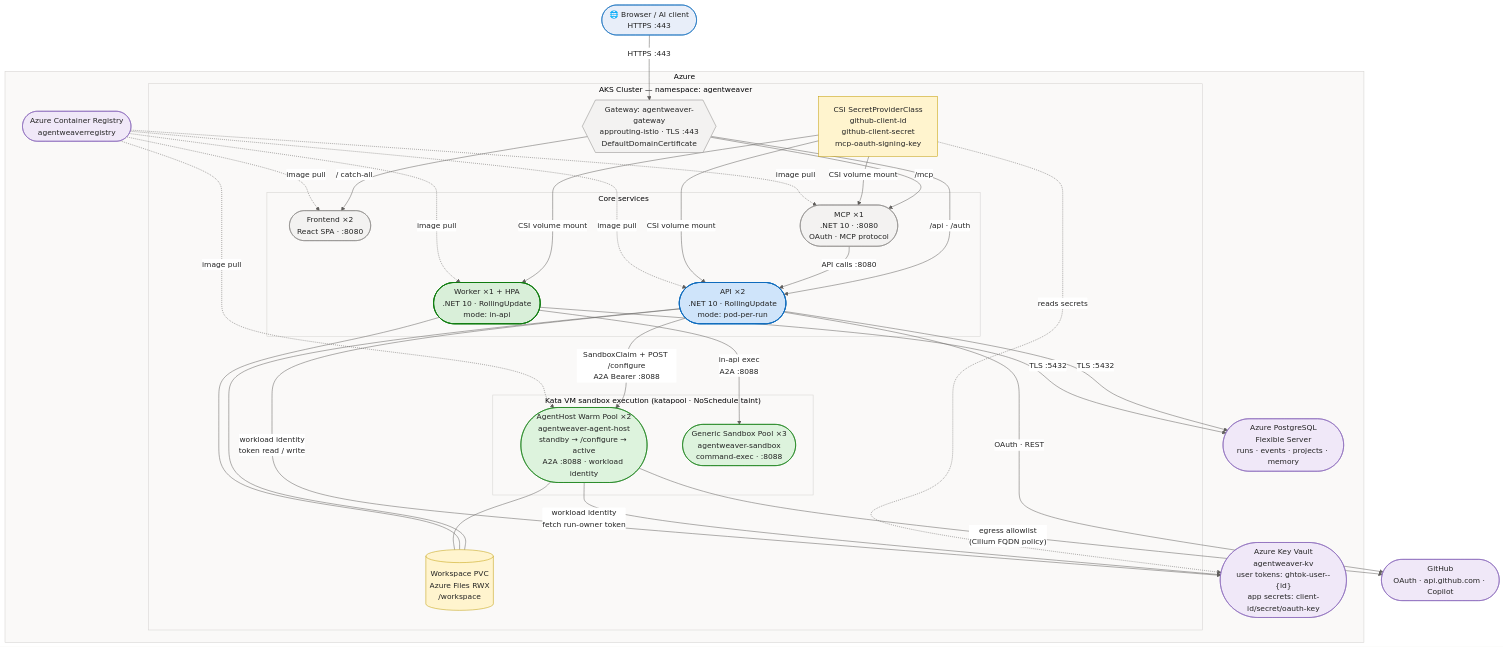
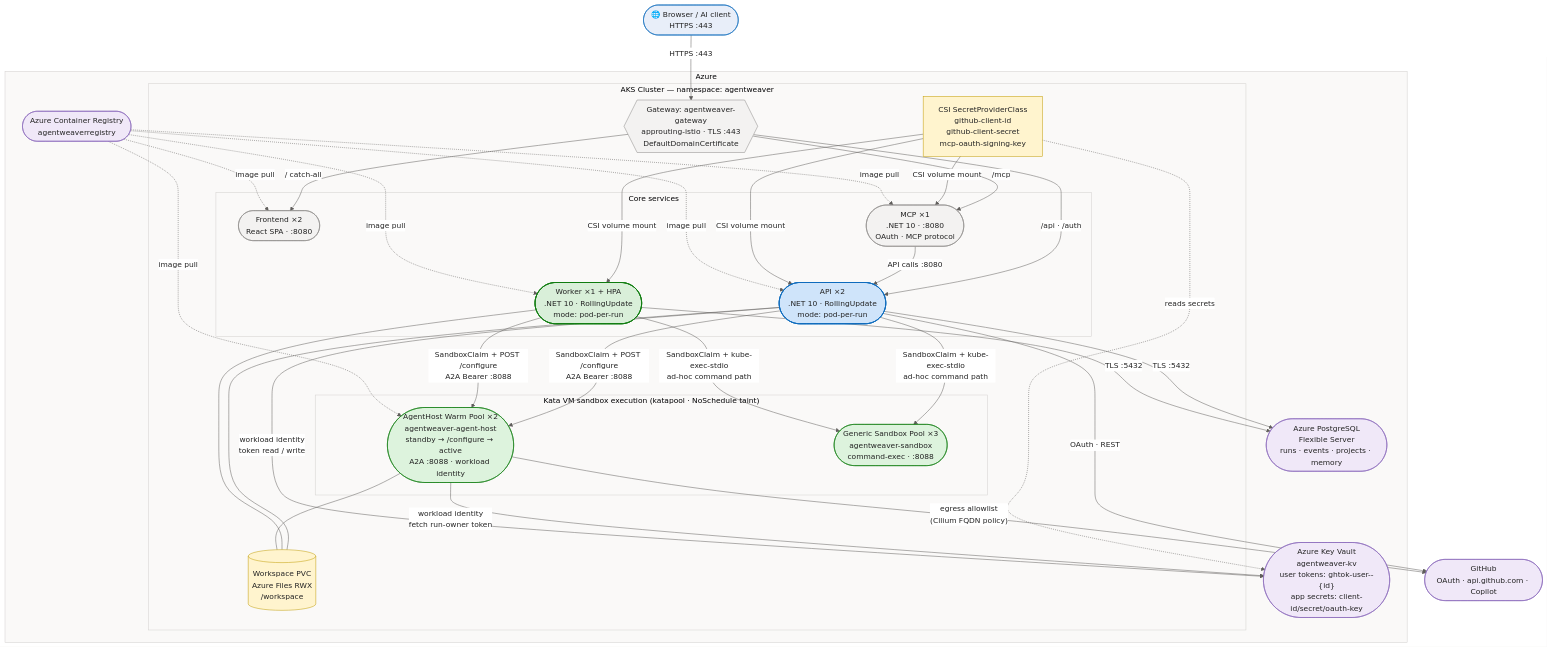
Before and after one commit to sabbour/agentweaver: the first of 6 diagrams in docs/architecture-aks.md, drawn with Mermaid. The commit also changed other lines of this file and 4 other files, not shown here.

First line of the commit message:
docs: pod-per-run + distributed coordinator lease

````diff
--- a/docs/architecture-aks.md
+++ b/docs/architecture-aks.md
@@ -15,74 +15,74 @@
 ```mermaid
 %%{init: {'theme':'base','themeVariables':{'fontFamily':'Segoe UI, system-ui, -apple-system, sans-serif','fontSize':'15px','primaryColor':'#E8EEF9','primaryBorderColor':'#0F6CBD','primaryTextColor':'#242424','lineColor':'#605E5C','clusterBkg':'#FAF9F8','clusterBorder':'#D2D0CE','edgeLabelBackground':'#FFFFFF'}}}%%
 flowchart TB
     client(["🌐 Browser / AI client<br/>HTTPS :443"])
 
     subgraph azure["Azure"]
         subgraph aks["AKS Cluster — namespace: agentweaver"]
             gw{{"Gateway: agentweaver-gateway<br/>approuting-istio · TLS :443<br/>DefaultDomainCertificate"}}
 
             subgraph core["Core services"]
                 fe(["Frontend ×2<br/>React SPA · :8080"])
                 api(["API ×2<br/>.NET 10 · RollingUpdate<br/>mode: pod-per-run"])
-                worker(["Worker ×1 + HPA<br/>.NET 10 · RollingUpdate<br/>mode: in-api"])
+                worker(["Worker ×1 + HPA<br/>.NET 10 · RollingUpdate<br/>mode: pod-per-run"])
                 mcp(["MCP ×1<br/>.NET 10 · :8080<br/>OAuth · MCP protocol"])
             end
 
             subgraph exec["Kata VM sandbox execution (katapool · NoSchedule taint)"]
                 ahpool(["AgentHost Warm Pool ×2<br/>agentweaver-agent-host<br/>standby → /configure → active<br/>A2A :8088 · workload identity"])
                 sbpool(["Generic Sandbox Pool ×3<br/>agentweaver-sandbox<br/>command-exec · :8088"])
             end
 
             ws[("Workspace PVC<br/>Azure Files RWX<br/>/workspace")]
             spc["CSI SecretProviderClass<br/>github-client-id<br/>github-client-secret<br/>mcp-oauth-signing-key"]
         end
 
         kv(["Azure Key Vault<br/>agentweaver-kv<br/>user tokens: ghtok-user--{id}<br/>app secrets: client-id/secret/oauth-key"])
         pg(["Azure PostgreSQL<br/>Flexible Server<br/>runs · events · projects · memory"])
         acr(["Azure Container Registry<br/>agentweaverregistry"])
     end
 
     gh(["GitHub<br/>OAuth · api.github.com · Copilot"])
 
     client -->|"HTTPS :443"| gw
     gw -->|"/ catch-all"| fe
     gw -->|"/api · /auth"| api
     gw -->|"/mcp"| mcp
     mcp -->|"API calls :8080"| api
-    api -->|"SandboxClaim + POST /configure<br/>A2A Bearer :8088"| ahpool
-    worker -->|"in-api exec<br/>A2A :8088"| sbpool
+    api & worker -->|"SandboxClaim + POST /configure<br/>A2A Bearer :8088"| ahpool
+    api & worker -->|"SandboxClaim + kube-exec-stdio<br/>ad-hoc command path"| sbpool
     api --- ws
     worker --- ws
     ahpool --- ws
     api -->|"TLS :5432"| pg
     worker -->|"TLS :5432"| pg
     spc -->|"CSI volume mount"| api
     spc -->|"CSI volume mount"| mcp
     spc -->|"CSI volume mount"| worker
     spc -.->|"reads secrets"| kv
     ahpool -->|"workload identity<br/>fetch run-owner token"| kv
     api -->|"workload identity<br/>token read / write"| kv
     api -->|"OAuth · REST"| gh
     ahpool -->|"egress allowlist<br/>(Cilium FQDN policy)"| gh
     acr -.->|"image pull"| api
     acr -.->|"image pull"| worker
     acr -.->|"image pull"| mcp
     acr -.->|"image pull"| fe
     acr -.->|"image pull"| ahpool
 
     classDef client fill:#E8EEF9,stroke:#0F6CBD,stroke-width:1px,color:#242424
     classDef svc fill:#F3F2F1,stroke:#8A8886,stroke-width:1px,color:#242424
     classDef core fill:#CFE4FA,stroke:#0F6CBD,stroke-width:2px,color:#242424
     classDef workerStyle fill:#D9EFD9,stroke:#107C10,stroke-width:2px,color:#242424
     classDef runtime fill:#DDF3DD,stroke:#107C10,stroke-width:1px,color:#242424
     classDef data fill:#FFF4CE,stroke:#C19C00,stroke-width:1px,color:#242424
     classDef ext fill:#F0E8F8,stroke:#8764B8,stroke-width:1px,color:#242424
 
     class client client
     class gw,fe,mcp svc
     class api core
     class worker workerStyle
     class ahpool,sbpool runtime
     class ws,spc data
     class kv,pg,acr,gh ext
 ```
````
